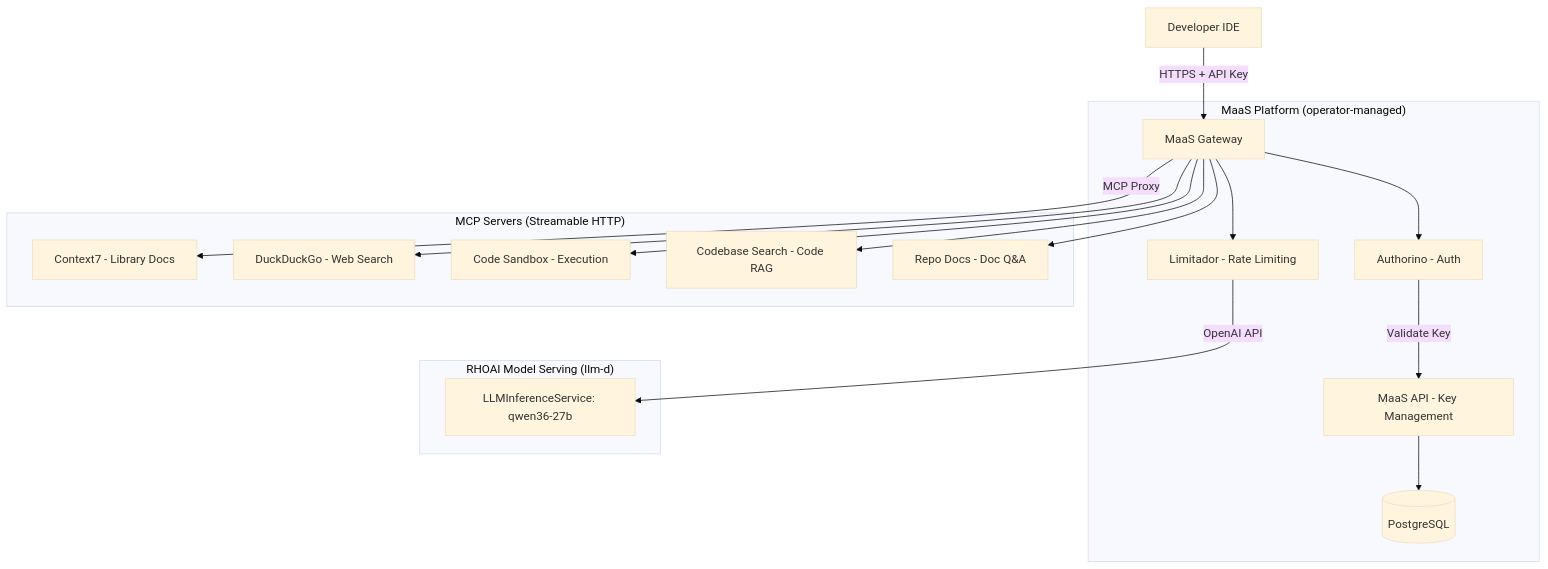
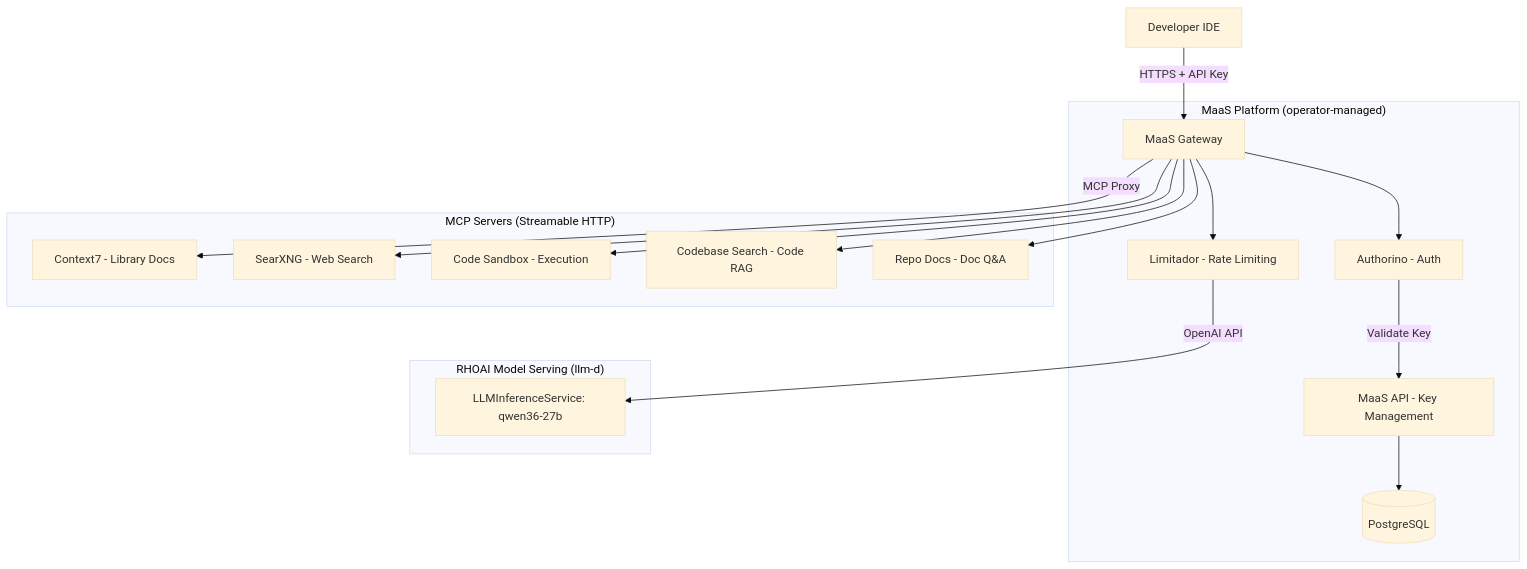
The third of 3 diagrams in 2_maas/1_maas_overview.md (hyogrin/rhoai-coding-assistant-lab), drawn with Mermaid (base theme) before and after one commit. The commit also changed 13 other files, not shown here.

````diff
--- a/2_maas/1_maas_overview.md
+++ b/2_maas/1_maas_overview.md
@@ -47,34 +47,34 @@
 ```mermaid
 flowchart TB
     subgraph "MaaS Platform (operator-managed)"
         Gateway[MaaS Gateway]
         Authorino[Authorino - Auth]
         Limitador[Limitador - Rate Limiting]
         MaaSAPI[MaaS API - Key Management]
         PG[(PostgreSQL)]
         MaaSAPI --> PG
     end
 
     subgraph "RHOAI Model Serving (llm-d)"
         IS1[LLMInferenceService: qwen36-27b]
     end
 
     subgraph "MCP Servers (Streamable HTTP)"
         MCP1[Context7 - Library Docs]
-        MCP2[DuckDuckGo - Web Search]
+        MCP2[SearXNG - Web Search]
         MCP3[Code Sandbox - Execution]
         MCP4[Codebase Search - Code RAG]
         MCP5[Repo Docs - Doc Q&A]
     end
 
     IDE[Developer IDE] -->|HTTPS + API Key| Gateway
     Gateway --> Authorino
     Authorino -->|Validate Key| MaaSAPI
     Gateway --> Limitador
     Limitador -->|OpenAI API| IS1
     Gateway -->|MCP Proxy| MCP1
     Gateway --> MCP2
     Gateway --> MCP3
     Gateway --> MCP4
     Gateway --> MCP5
 ```
````
